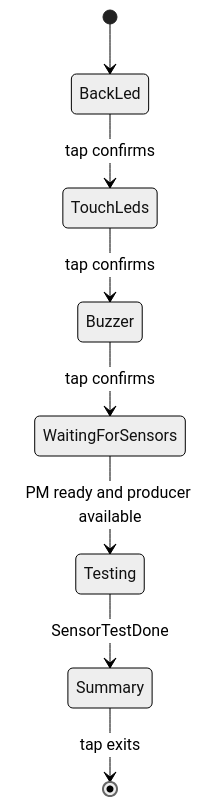
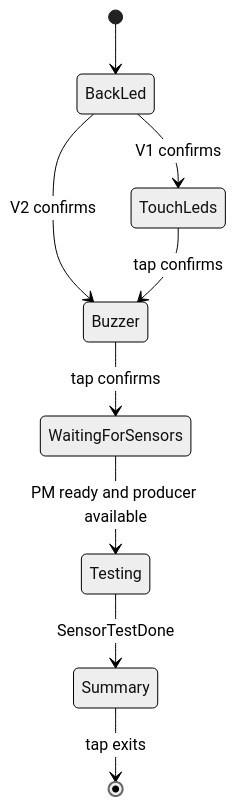
Before and after one commit to Open-Air-Foundation/firmware-core: the diagram in products/go/docs/hardware_test.md, drawn with Mermaid (neutral theme). The commit also changed other lines of this file and 13 other files, not shown here.

Commit message:
docs(go): clarify board-specific touch LED behavior

````diff
--- a/products/go/docs/hardware_test.md
+++ b/products/go/docs/hardware_test.md
@@ -106,10 +103,11 @@
 ```mermaid
 stateDiagram-v2
     [*] --> BackLed
-    BackLed --> TouchLeds: tap confirms
+    BackLed --> TouchLeds: V1 confirms
+    BackLed --> Buzzer: V2 confirms
     TouchLeds --> Buzzer: tap confirms
     Buzzer --> WaitingForSensors: tap confirms
     WaitingForSensors --> Testing: PM ready and producer available
     Testing --> Summary: SensorTestDone
     Summary --> [*]: tap exits
 ```
````
